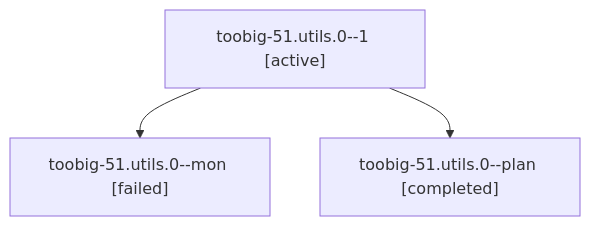
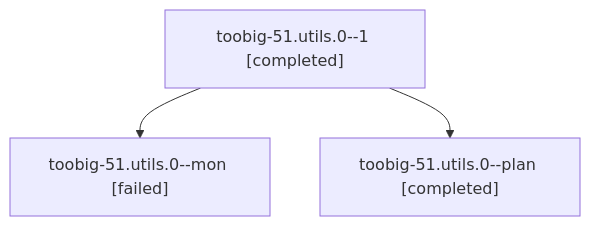
One commit to sase-org/sase--agents changed the diagram in families/bbugyi200.athena.toobig-51.utils.0.md. Above: the diagram before and after it, drawn with Mermaid. The commit also changed other lines of this file and 24 other files, not shown here.

````diff
--- a/families/bbugyi200.athena.toobig-51.utils.0.md
+++ b/families/bbugyi200.athena.toobig-51.utils.0.md
@@ -9,8 +9,8 @@
 ```mermaid
 flowchart TD
-  n0["toobig-51.utils.0--1 [active]"]
+  n0["toobig-51.utils.0--1 [completed]"]
   n1["toobig-51.utils.0--mon [failed]"]
   n0 --> n1
   n2["toobig-51.utils.0--plan [completed]"]
   n0 --> n2
 ```
````
